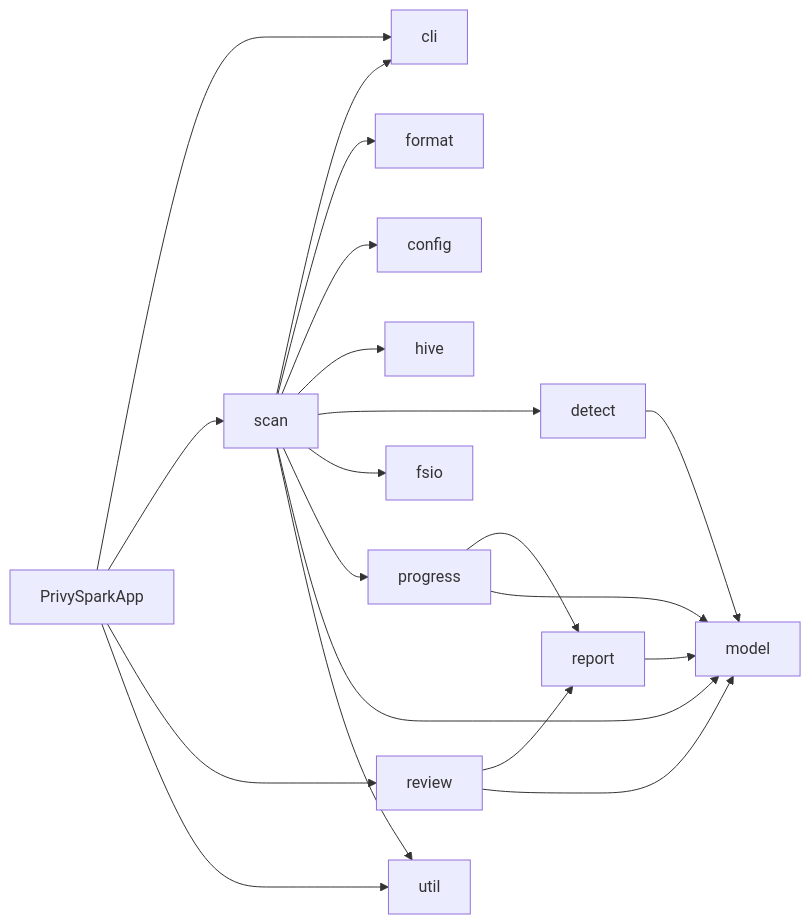
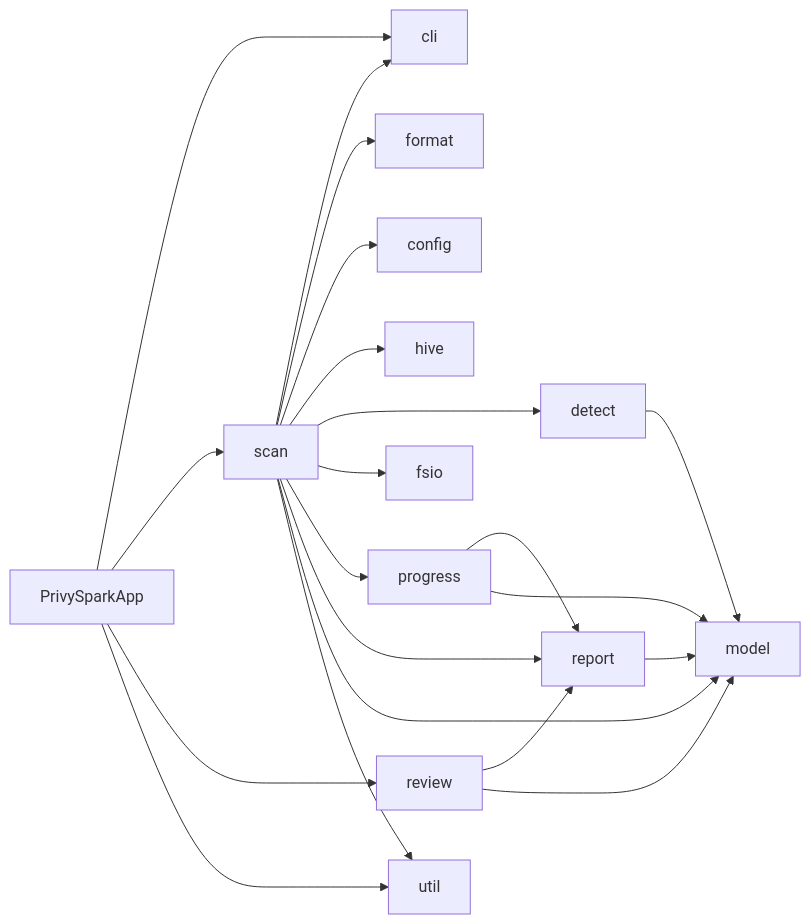
The first of 2 diagrams in docs/ko/architecture/overview.md (jonggeun2001/PrivySpark), drawn with Mermaid before and after one commit. The commit also changed other lines of this file and 26 other files, not shown here.

````diff
--- a/docs/ko/architecture/overview.md
+++ b/docs/ko/architecture/overview.md
@@ -76,22 +88,23 @@
 ```mermaid
 flowchart LR
   app[PrivySparkApp] --> cli[cli]
   app --> scan[scan]
   app --> review[review]
   app --> util[util]
   scan --> cli
   scan --> format[format]
   scan --> config
   scan --> hive[hive]
   scan --> detect[detect]
   scan --> fsio[fsio]
   scan --> progress
+  scan --> report[report]
   scan --> model[model]
   detect --> model
   report --> model
   review --> report
   review --> model
   progress --> report
   progress --> model
   scan --> util[util]
 ```
````
